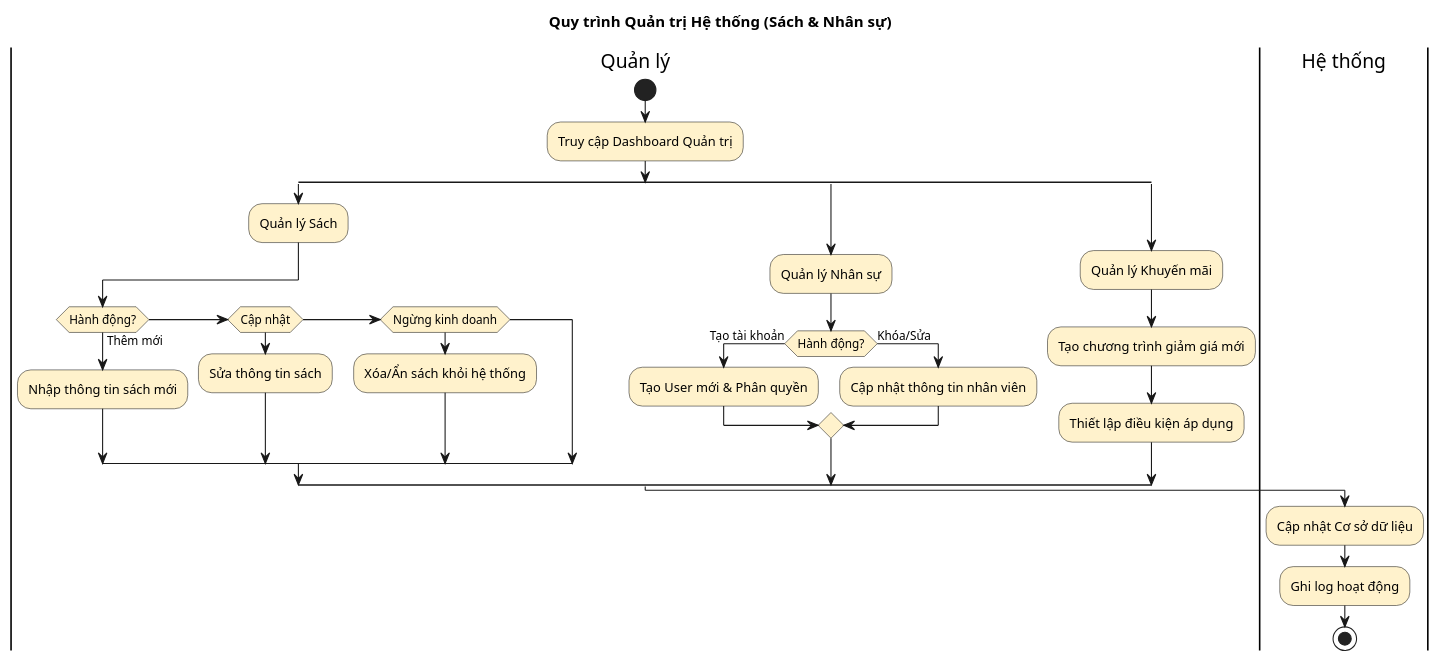
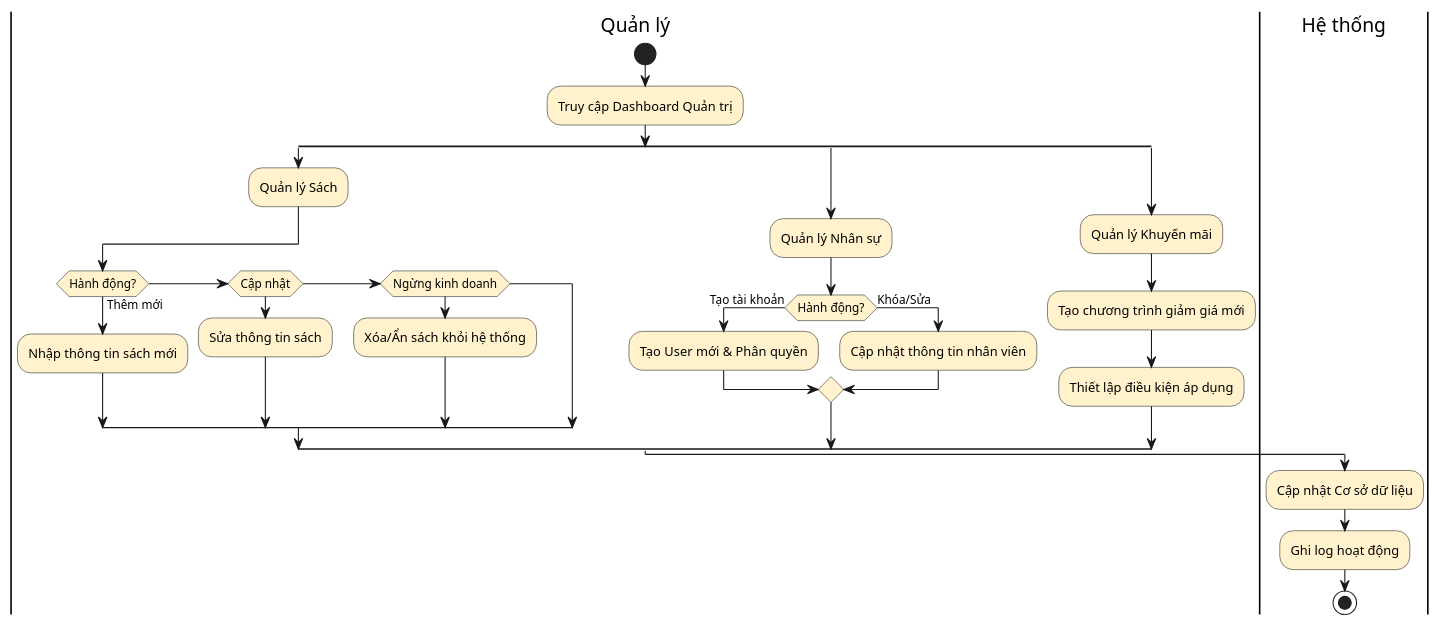
The diagram in docs/quy trình nghiệp vụ/quản lý.plantuml (Kh0anh/QuanLyNhaSach), drawn with PlantUML before and after one commit. The commit also changed 8 other files, not shown here.

```diff
--- a/docs/quy trình nghiệp vụ/quản lý.plantuml
+++ b/docs/quy trình nghiệp vụ/quản lý.plantuml
@@ -1,35 +1,34 @@
 @startuml
-title Quy trình Quản trị Hệ thống (Sách & Nhân sự)
 skinparam ActivityBackgroundColor #FFF2CC
 
 |Quản lý|
 start
 :Truy cập Dashboard Quản trị;
 split
     
     :Quản lý Sách;
     if (Hành động?) then (Thêm mới)
         :Nhập thông tin sách mới;
     elseif (Cập nhật)
         :Sửa thông tin sách;
     elseif (Ngừng kinh doanh)
         :Xóa/Ẩn sách khỏi hệ thống;
     endif
 split again
     :Quản lý Nhân sự;
     if (Hành động?) then (Tạo tài khoản)
         :Tạo User mới & Phân quyền;
     else (Khóa/Sửa)
         :Cập nhật thông tin nhân viên;
     endif
 split again
     :Quản lý Khuyến mãi;
     :Tạo chương trình giảm giá mới;
     :Thiết lập điều kiện áp dụng;
 end split
 
 |Hệ thống|
 :Cập nhật Cơ sở dữ liệu;
 :Ghi log hoạt động;
 stop
 @enduml
```
